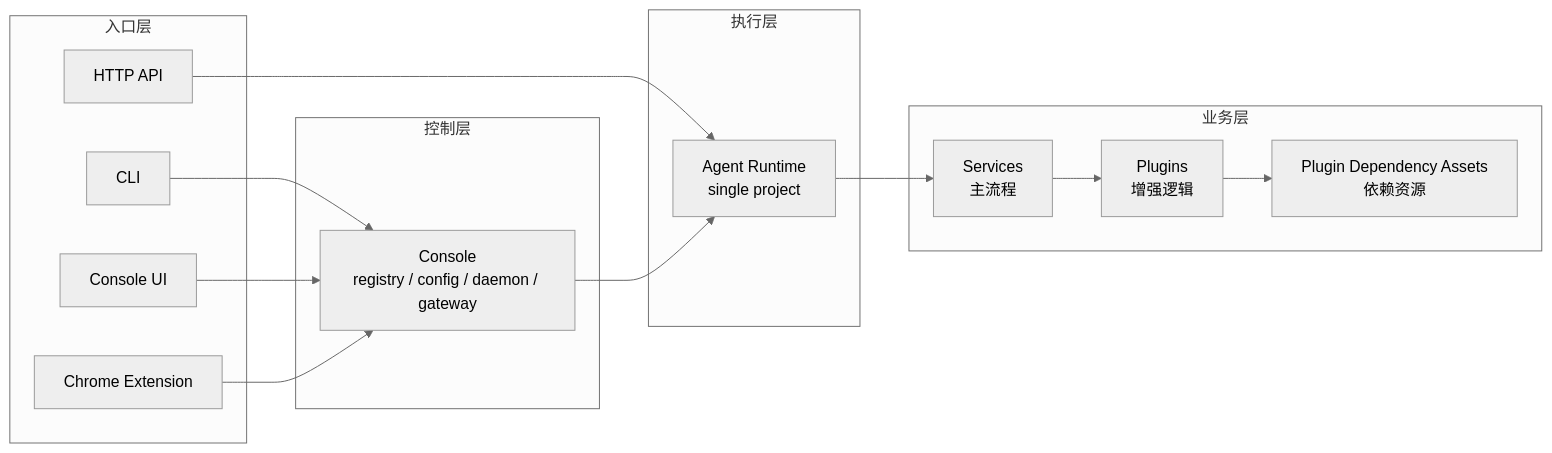
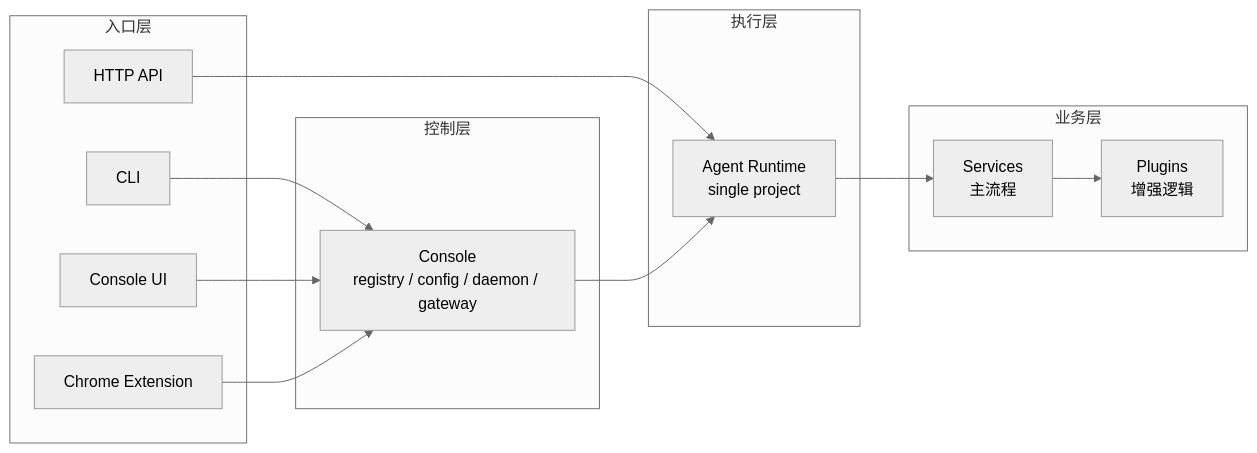
The first of 6 diagrams in homepage/content/devdocs/zh/package/runtime-and-services.mdx (wangenius/downcity), drawn with Mermaid (neutral theme) before and after one commit. The commit also changed other lines of this file and 92 other files, not shown here.

````diff
--- a/homepage/content/devdocs/zh/package/runtime-and-services.mdx
+++ b/homepage/content/devdocs/zh/package/runtime-and-services.mdx
@@ -41,32 +41,30 @@
 ```mermaid
 flowchart LR
   subgraph Entry["入口层"]
     CLI["CLI"]
     UI["Console UI"]
     EXT["Chrome Extension"]
     API["HTTP API"]
   end
 
   subgraph Control["控制层"]
     CONSOLE["Console<br/>registry / config / daemon / gateway"]
   end
 
   subgraph Runtime["执行层"]
     AGENT["Agent Runtime<br/>single project"]
   end
 
   subgraph Business["业务层"]
     SERVICES["Services<br/>主流程"]
     PLUGINS["Plugins<br/>增强逻辑"]
-    ASSETS["Plugin Dependency Assets<br/>依赖资源"]
   end
 
   CLI --> CONSOLE
   UI --> CONSOLE
   EXT --> CONSOLE
   API --> AGENT
   CONSOLE --> AGENT
   AGENT --> SERVICES
   SERVICES --> PLUGINS
-  PLUGINS --> ASSETS
 ```
````
